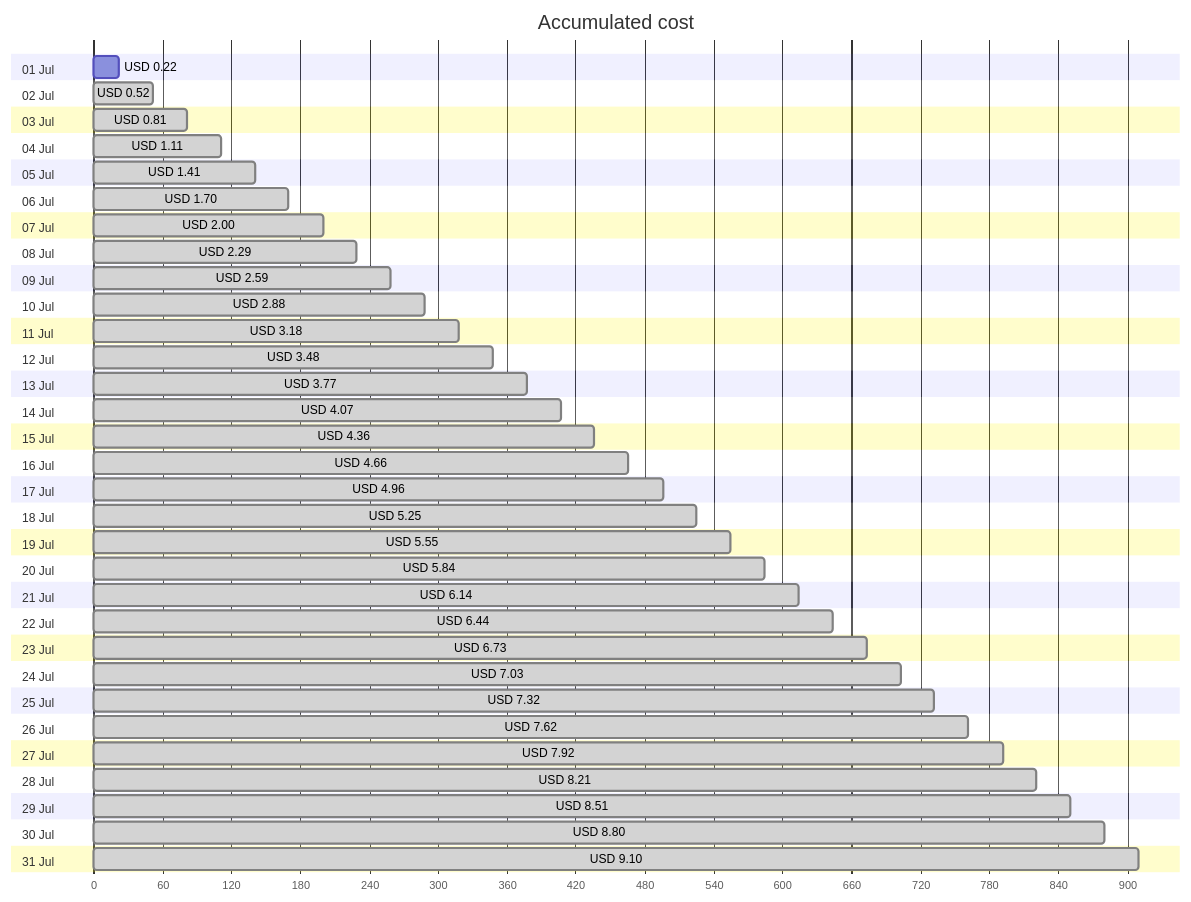
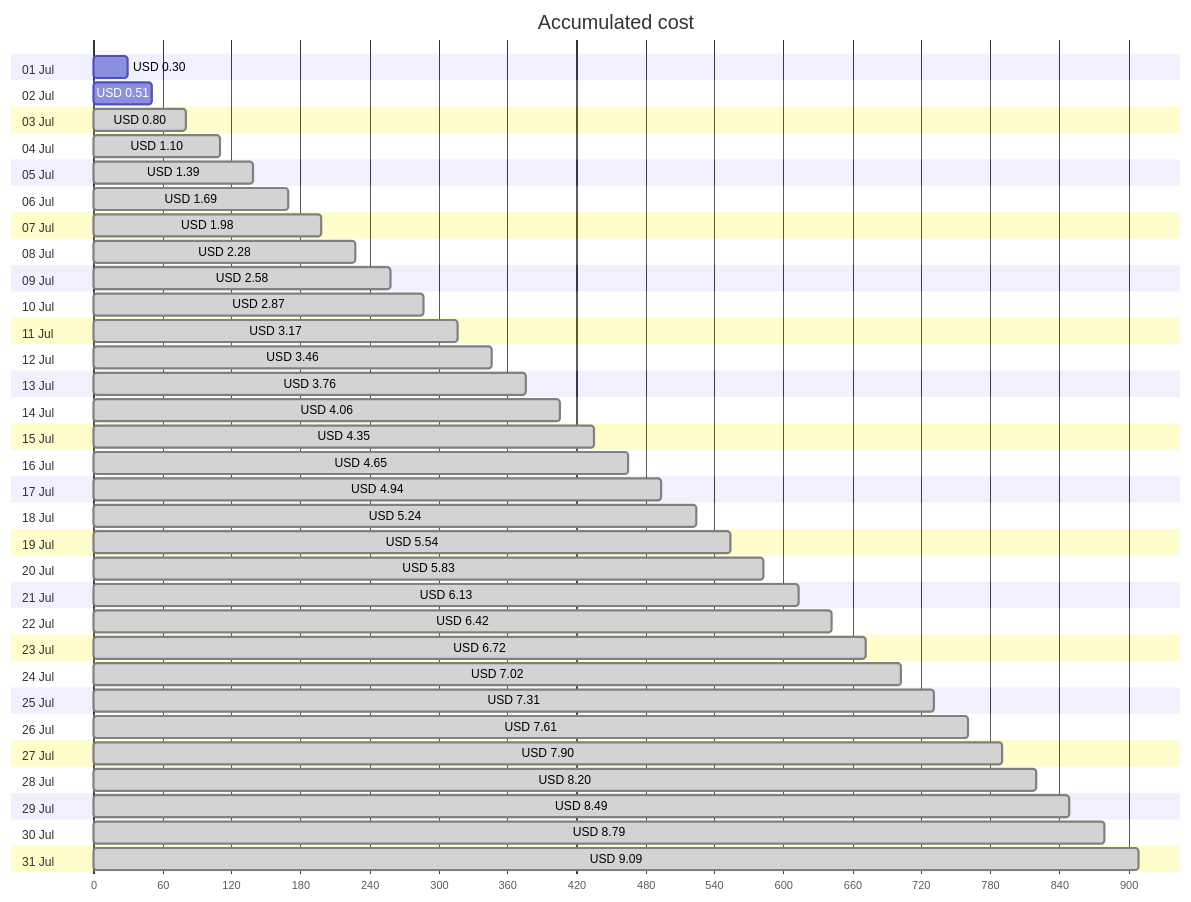
The first of 4 diagrams in cost-reports/personal-site/personal-site.md (jpfulton/azure-personal-reports), drawn with Mermaid before and after one commit. The commit also changed other lines of this file and 6 other files, not shown here.

````diff
--- a/cost-reports/personal-site/personal-site.md
+++ b/cost-reports/personal-site/personal-site.md
@@ -20,68 +20,68 @@
 ```mermaid
 gantt
    title Accumulated cost
    dateFormat  X
    axisFormat %s
    section 01 Jul
-   USD 0.22 :0, 22
+   USD 0.30 :0, 30
    section 02 Jul
-   USD 0.52 : done, 0, 52
+   USD 0.51 :0, 51
    section 03 Jul
-   USD 0.81 : done, 0, 81
+   USD 0.80 : done, 0, 80
    section 04 Jul
-   USD 1.11 : done, 0, 111
+   USD 1.10 : done, 0, 110
    section 05 Jul
-   USD 1.41 : done, 0, 141
+   USD 1.39 : done, 0, 139
    section 06 Jul
-   USD 1.70 : done, 0, 170
+   USD 1.69 : done, 0, 169
    section 07 Jul
-   USD 2.00 : done, 0, 200
+   USD 1.98 : done, 0, 198
    section 08 Jul
-   USD 2.29 : done, 0, 229
+   USD 2.28 : done, 0, 228
    section 09 Jul
-   USD 2.59 : done, 0, 259
+   USD 2.58 : done, 0, 258
    section 10 Jul
-   USD 2.88 : done, 0, 288
+   USD 2.87 : done, 0, 287
    section 11 Jul
-   USD 3.18 : done, 0, 318
+   USD 3.17 : done, 0, 317
    section 12 Jul
-   USD 3.48 : done, 0, 348
+   USD 3.46 : done, 0, 346
    section 13 Jul
-   USD 3.77 : done, 0, 377
+   USD 3.76 : done, 0, 376
    section 14 Jul
-   USD 4.07 : done, 0, 407
+   USD 4.06 : done, 0, 406
    section 15 Jul
-   USD 4.36 : done, 0, 436
+   USD 4.35 : done, 0, 435
    section 16 Jul
-   USD 4.66 : done, 0, 466
+   USD 4.65 : done, 0, 465
    section 17 Jul
-   USD 4.96 : done, 0, 496
+   USD 4.94 : done, 0, 494
    section 18 Jul
-   USD 5.25 : done, 0, 525
+   USD 5.24 : done, 0, 524
    section 19 Jul
-   USD 5.55 : done, 0, 555
+   USD 5.54 : done, 0, 554
    section 20 Jul
-   USD 5.84 : done, 0, 584
+   USD 5.83 : done, 0, 583
    section 21 Jul
-   USD 6.14 : done, 0, 614
+   USD 6.13 : done, 0, 613
    section 22 Jul
-   USD 6.44 : done, 0, 644
+   USD 6.42 : done, 0, 642
    section 23 Jul
-   USD 6.73 : done, 0, 673
+   USD 6.72 : done, 0, 672
    section 24 Jul
-   USD 7.03 : done, 0, 703
+   USD 7.02 : done, 0, 702
    section 25 Jul
-   USD 7.32 : done, 0, 732
+   USD 7.31 : done, 0, 731
    section 26 Jul
-   USD 7.62 : done, 0, 762
+   USD 7.61 : done, 0, 761
    section 27 Jul
-   USD 7.92 : done, 0, 792
+   USD 7.90 : done, 0, 790
    section 28 Jul
-   USD 8.21 : done, 0, 821
+   USD 8.20 : done, 0, 820
    section 29 Jul
-   USD 8.51 : done, 0, 851
+   USD 8.49 : done, 0, 849
    section 30 Jul
-   USD 8.80 : done, 0, 880
+   USD 8.79 : done, 0, 879
    section 31 Jul
-   USD 9.10 : done, 0, 910
+   USD 9.09 : done, 0, 909
 ```
````
